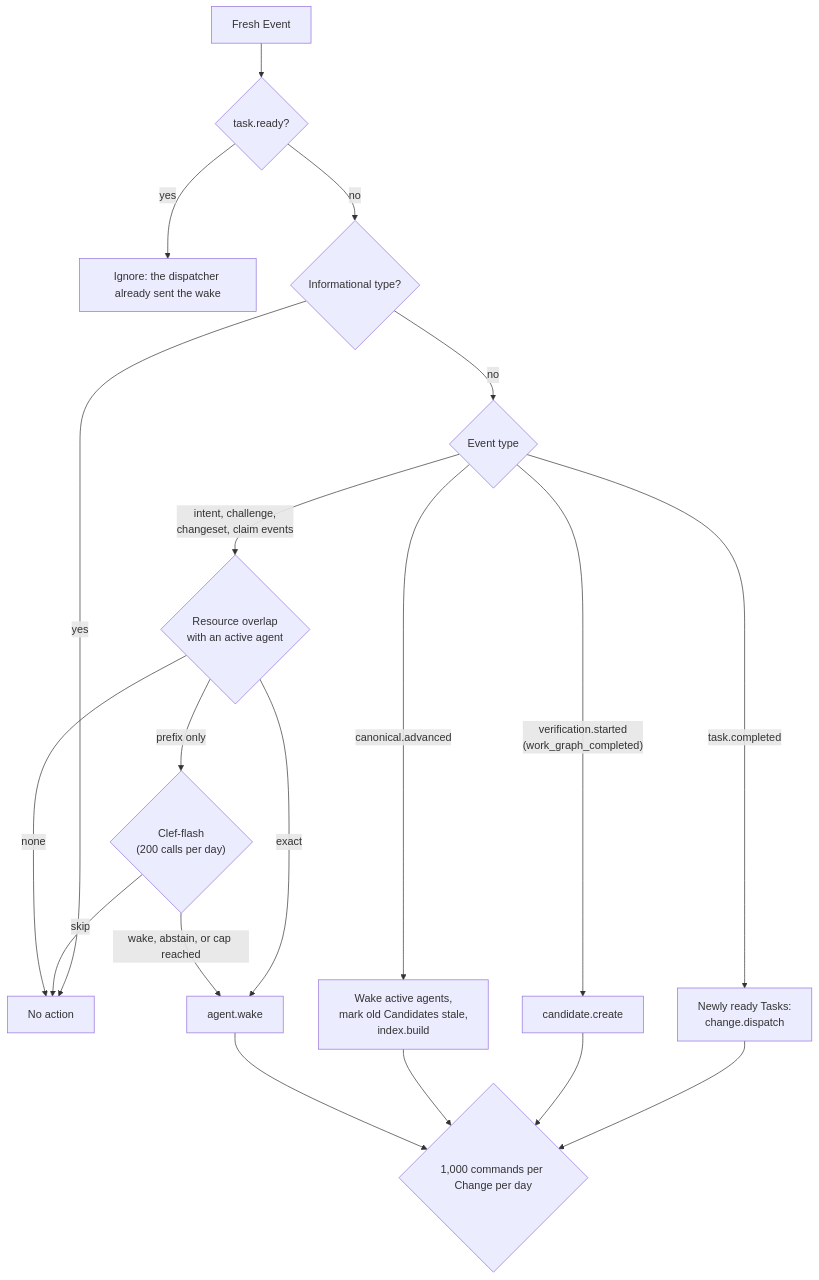
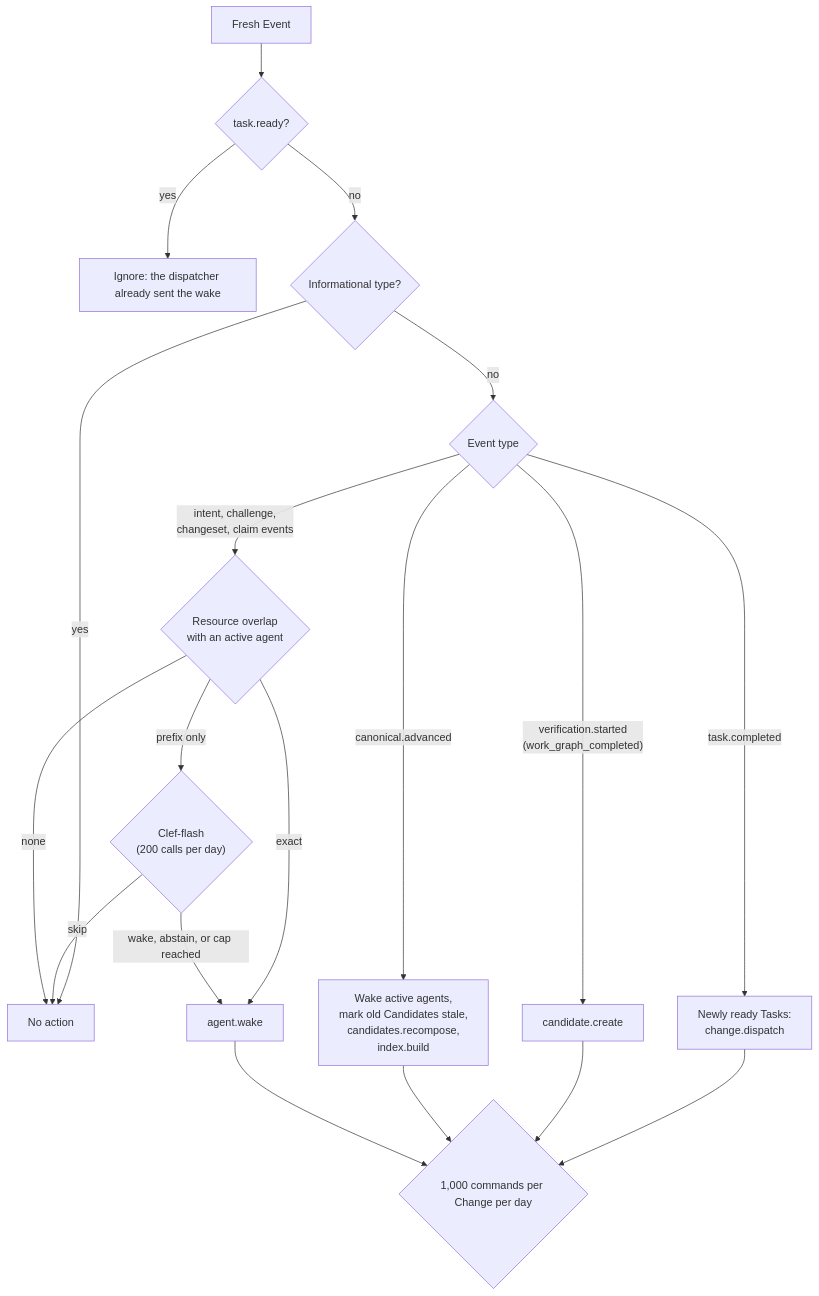
Before and after one commit to nsudhanva/rhumbatron: the fourth of 7 diagrams in docs/architecture/events-and-commands.md, drawn with Mermaid. The commit also changed other lines of this file and 8 other files, not shown here.

Commit message:
fix(integration): recompose stale candidates whichever sweep marks them first

````diff
--- a/docs/architecture/events-and-commands.md
+++ b/docs/architecture/events-and-commands.md
@@ -112,21 +112,21 @@
 ```mermaid
 flowchart TB
   E["Fresh Event"] --> TR{"task.ready?"}
   TR -->|"yes"| SKIP["Ignore: the dispatcher already sent the wake"]
   TR -->|"no"| INF{"Informational type?"}
   INF -->|"yes"| NONE["No action"]
   INF -->|"no"| TYPE{"Event type"}
   TYPE -->|"task.completed"| READY["Newly ready Tasks:<br/>change.dispatch"]
   TYPE -->|"verification.started<br/>(work_graph_completed)"| COMP["candidate.create"]
-  TYPE -->|"canonical.advanced"| CA["Wake active agents,<br/>mark old Candidates stale,<br/>index.build"]
+  TYPE -->|"canonical.advanced"| CA["Wake active agents,<br/>mark old Candidates stale,<br/>candidates.recompose,<br/>index.build"]
   TYPE -->|"intent, challenge,<br/>changeset, claim events"| OV{"Resource overlap<br/>with an active agent"}
   OV -->|"exact"| WAKE["agent.wake"]
   OV -->|"prefix only"| CLEF{"Clef-flash<br/>(200 calls per day)"}
   CLEF -->|"wake, abstain, or cap reached"| WAKE
   CLEF -->|"skip"| NONE
   OV -->|"none"| NONE
   READY --> CAP{"1,000 commands per Change per day"}
   COMP --> CAP
   CA --> CAP
   WAKE --> CAP
 ```
````
